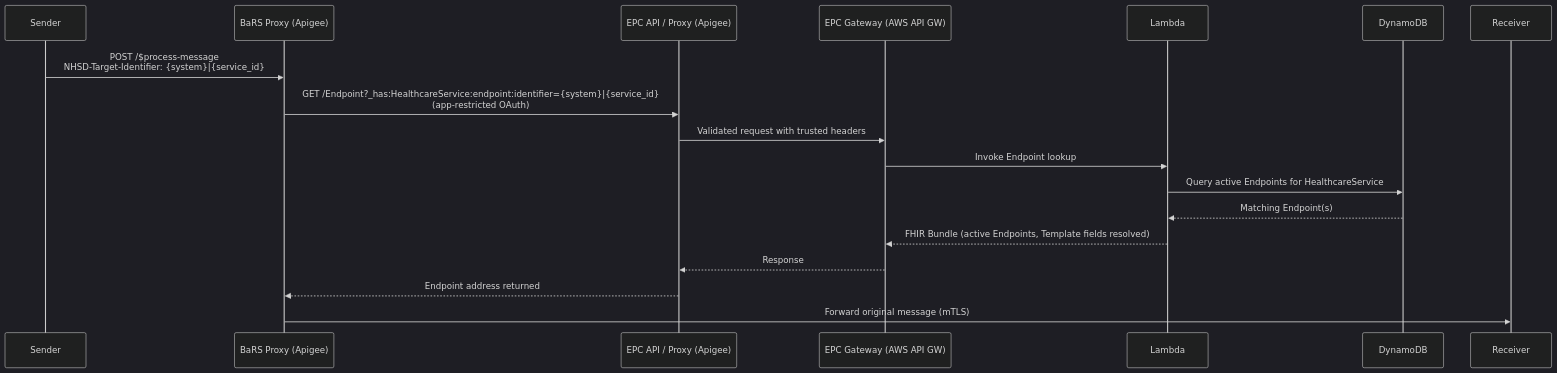
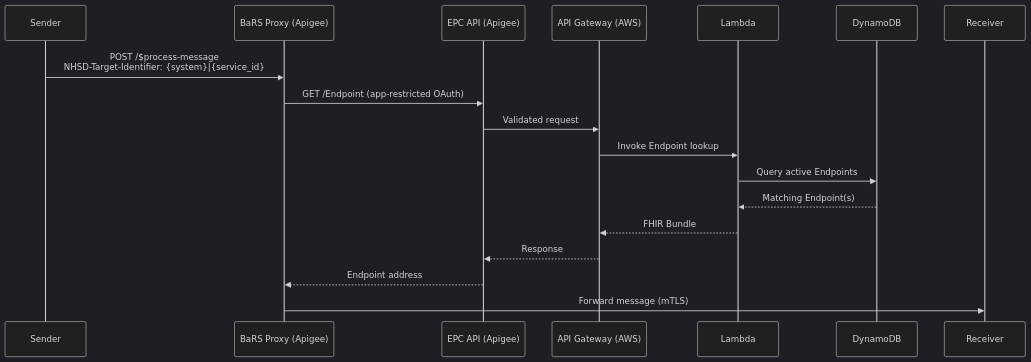
The third of 5 diagrams in Documents/architecture.md (RichardWardNHSD/epc-work), drawn with Mermaid (dark theme) before and after one commit. The commit also changed other lines of this file, not shown here.

````diff
--- a/Documents/architecture.md
+++ b/Documents/architecture.md
@@ -370,21 +309,21 @@
 ```mermaid
 sequenceDiagram
     participant Sender
     participant BaRS_Proxy as BaRS Proxy (Apigee)
-    participant EPC_API as EPC API / Proxy (Apigee)
-    participant EPC_GW as EPC Gateway (AWS API GW)
+    participant EPC_API as EPC API (Apigee)
+    participant EPC_GW as API Gateway (AWS)
     participant Lambda
     participant DDB as DynamoDB
     participant Receiver
 
     Sender->>BaRS_Proxy: POST /$process-message<br/>NHSD-Target-Identifier: {system}|{service_id}
-    BaRS_Proxy->>EPC_API: GET /Endpoint?_has:HealthcareService:endpoint:identifier={system}|{service_id}<br/>(app-restricted OAuth)
-    EPC_API->>EPC_GW: Validated request with trusted headers
+    BaRS_Proxy->>EPC_API: GET /Endpoint (app-restricted OAuth)
+    EPC_API->>EPC_GW: Validated request
     EPC_GW->>Lambda: Invoke Endpoint lookup
-    Lambda->>DDB: Query active Endpoints for HealthcareService
+    Lambda->>DDB: Query active Endpoints
     DDB-->>Lambda: Matching Endpoint(s)
-    Lambda-->>EPC_GW: FHIR Bundle (active Endpoints, Template fields resolved)
+    Lambda-->>EPC_GW: FHIR Bundle
     EPC_GW-->>EPC_API: Response
-    EPC_API-->>BaRS_Proxy: Endpoint address returned
-    BaRS_Proxy->>Receiver: Forward original message (mTLS)
+    EPC_API-->>BaRS_Proxy: Endpoint address
+    BaRS_Proxy->>Receiver: Forward message (mTLS)
 ```
````
